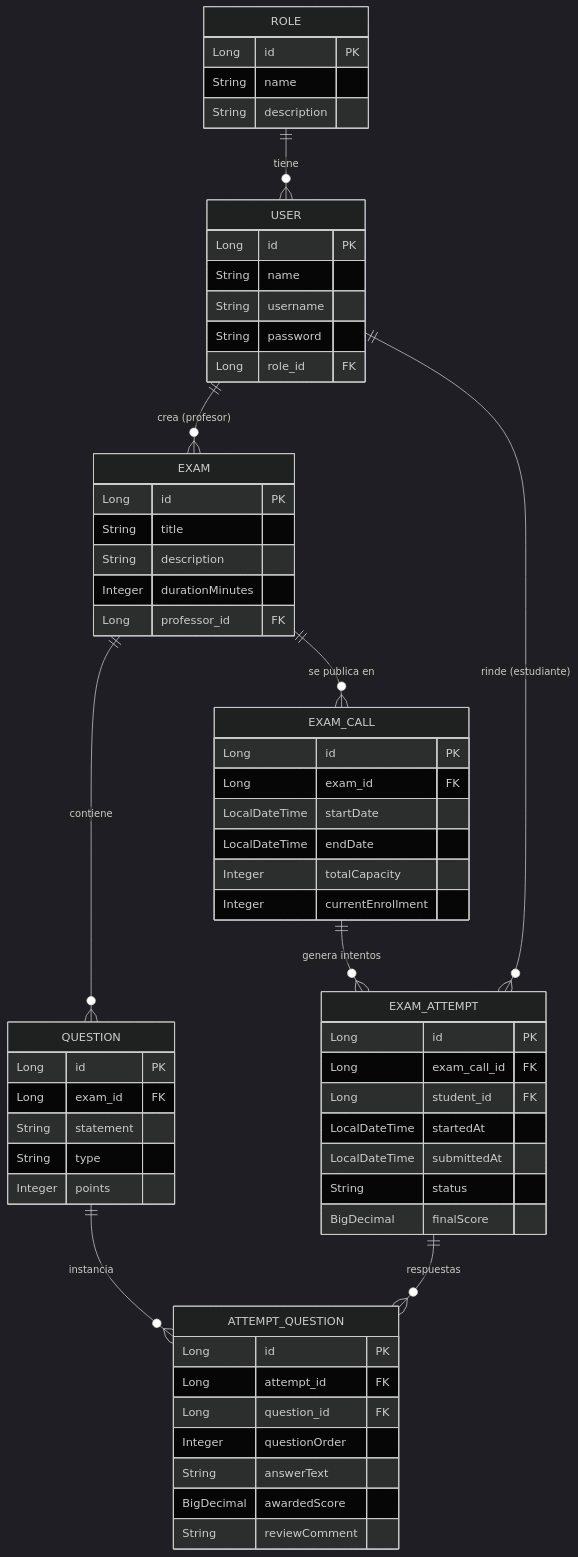
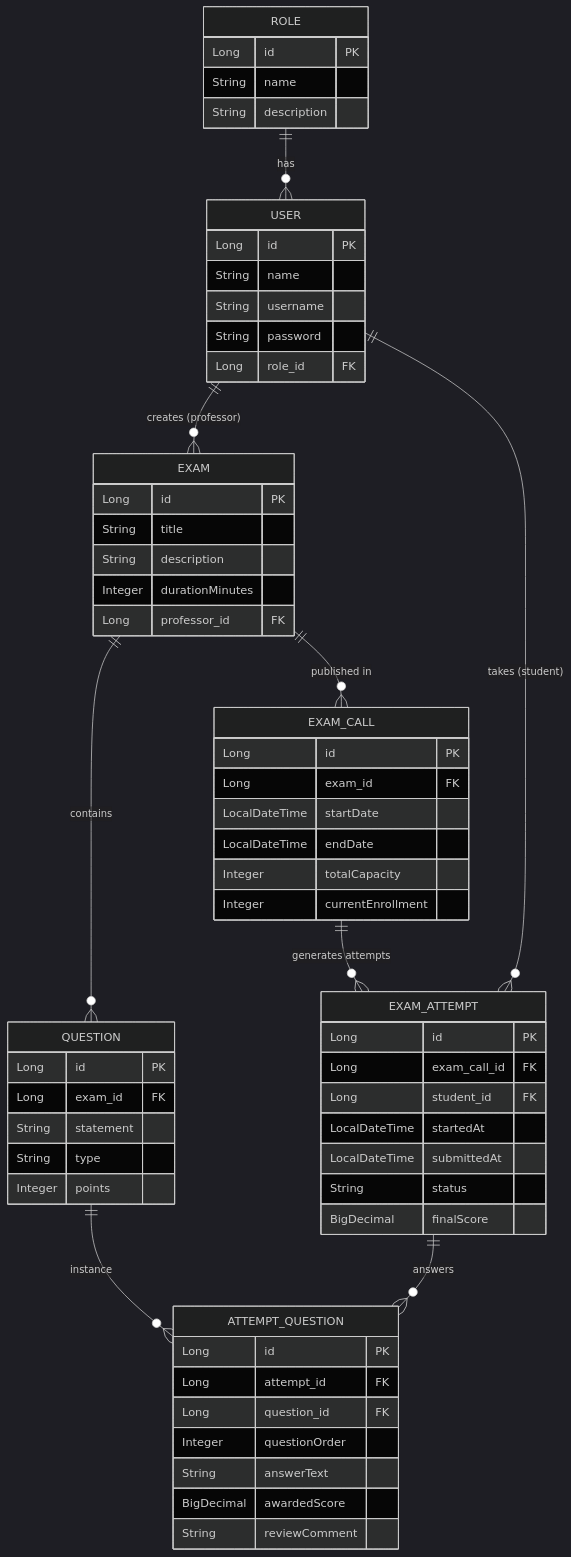
One commit to lucianodiamand/taller4_sistema_examenes changed the first of 2 diagrams in backend/docs/domain-model.md. Above: the diagram before and after it, drawn with Mermaid (dark theme). The commit also changed other lines of this file and 13 other files, not shown here.

````diff
--- a/backend/docs/domain-model.md
+++ b/backend/docs/domain-model.md
@@ -14,70 +14,70 @@
 ```mermaid
 erDiagram
     ROLE {
         Long id PK
         String name
         String description
     }
 
     USER {
         Long id PK
         String name
         String username
         String password
         Long role_id FK
     }
 
     EXAM {
         Long id PK
         String title
         String description
         Integer durationMinutes
         Long professor_id FK
     }
 
     QUESTION {
         Long id PK
         Long exam_id FK
         String statement
         String type
         Integer points
     }
 
     EXAM_CALL {
         Long id PK
         Long exam_id FK
         LocalDateTime startDate
         LocalDateTime endDate
         Integer totalCapacity
         Integer currentEnrollment
     }
 
     EXAM_ATTEMPT {
         Long id PK
         Long exam_call_id FK
         Long student_id FK
         LocalDateTime startedAt
         LocalDateTime submittedAt
         String status
         BigDecimal finalScore
     }
 
     ATTEMPT_QUESTION {
         Long id PK
         Long attempt_id FK
         Long question_id FK
         Integer questionOrder
         String answerText
         BigDecimal awardedScore
         String reviewComment
     }
 
-    ROLE ||--o{ USER : "tiene"
-    USER ||--o{ EXAM : "crea (profesor)"
-    EXAM ||--o{ QUESTION : "contiene"
-    EXAM ||--o{ EXAM_CALL : "se publica en"
-    EXAM_CALL ||--o{ EXAM_ATTEMPT : "genera intentos"
-    USER ||--o{ EXAM_ATTEMPT : "rinde (estudiante)"
-    EXAM_ATTEMPT ||--o{ ATTEMPT_QUESTION : "respuestas"
-    QUESTION ||--o{ ATTEMPT_QUESTION : "instancia"
+    ROLE ||--o{ USER : "has"
+    USER ||--o{ EXAM : "creates (professor)"
+    EXAM ||--o{ QUESTION : "contains"
+    EXAM ||--o{ EXAM_CALL : "published in"
+    EXAM_CALL ||--o{ EXAM_ATTEMPT : "generates attempts"
+    USER ||--o{ EXAM_ATTEMPT : "takes (student)"
+    EXAM_ATTEMPT ||--o{ ATTEMPT_QUESTION : "answers"
+    QUESTION ||--o{ ATTEMPT_QUESTION : "instance"
 ```
````
